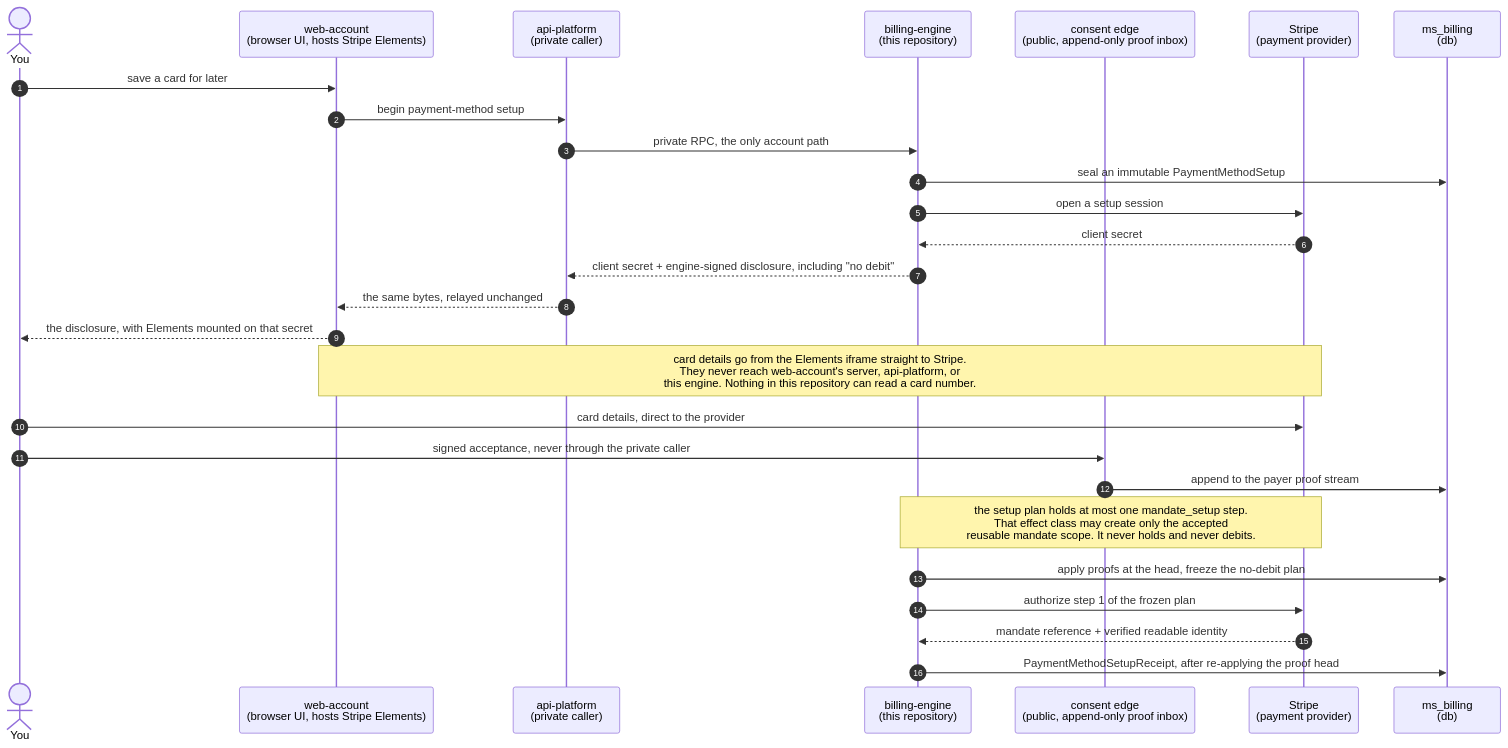
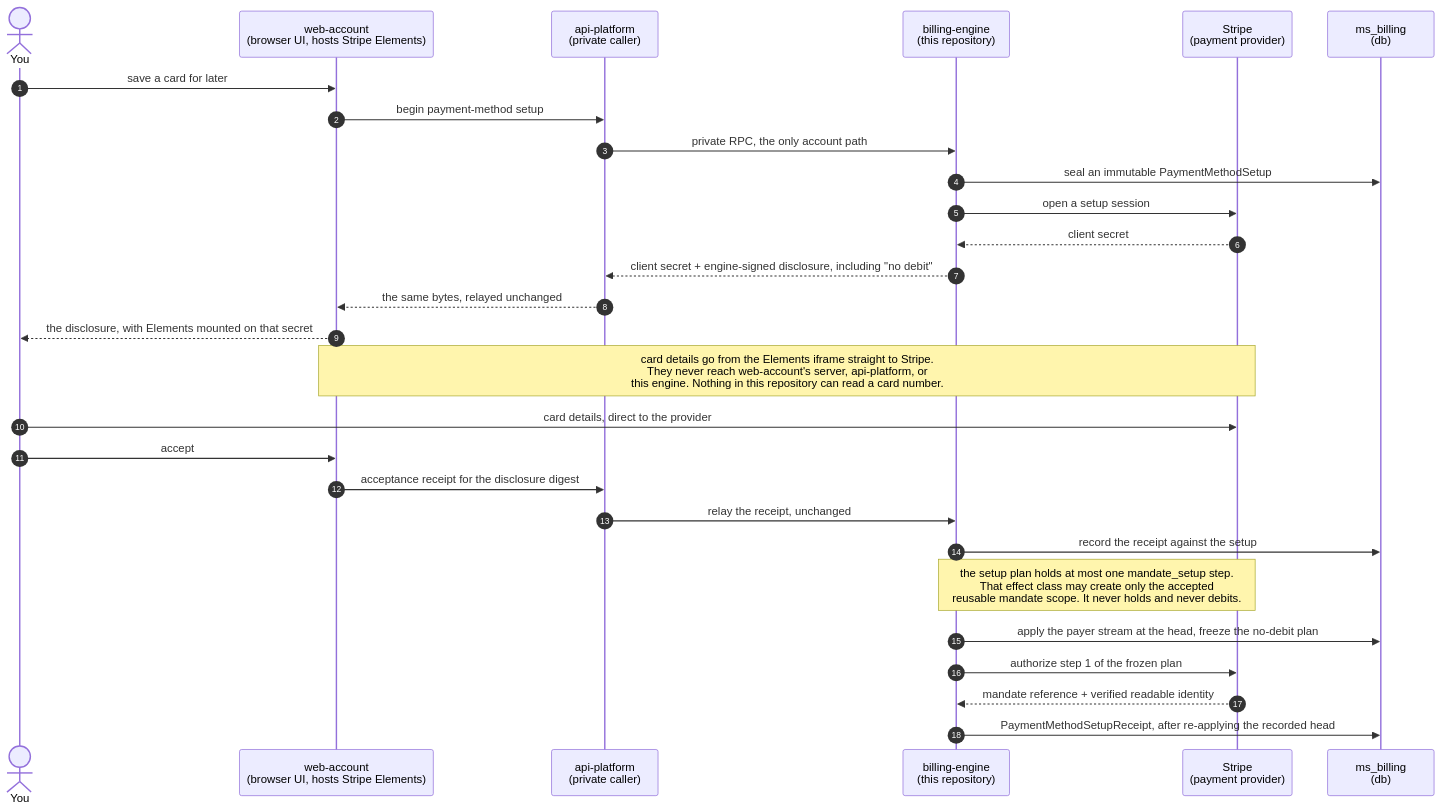
One commit to mirrorstack-ai/billing-engine changed the second of 6 diagrams in README.md. Above: the diagram before and after it, drawn with Mermaid. The commit also changed other lines of this file and 3 other files, not shown here.

````diff
--- a/README.md
+++ b/README.md
@@ -154,34 +154,35 @@
 ```mermaid
 sequenceDiagram
     autonumber
     actor You
     participant WA as web-account<br/>(browser UI, hosts Stripe Elements)
     participant AP as api-platform<br/>(private caller)
     participant Engine as billing-engine<br/>(this repository)
-    participant Edge as consent edge<br/>(public, append-only proof inbox)
     participant Stripe as Stripe<br/>(payment provider)
     participant DB as ms_billing<br/>(db)
 
     You->>WA: save a card for later
     WA->>AP: begin payment-method setup
     AP->>Engine: private RPC, the only account path
     Engine->>DB: seal an immutable PaymentMethodSetup
     Engine->>Stripe: open a setup session
     Stripe-->>Engine: client secret
     Engine-->>AP: client secret + engine-signed disclosure, including "no debit"
     AP-->>WA: the same bytes, relayed unchanged
     WA-->>You: the disclosure, with Elements mounted on that secret
 
     Note over WA,Stripe: card details go from the Elements iframe straight to Stripe.<br/>They never reach web-account's server, api-platform, or<br/>this engine. Nothing in this repository can read a card number.
 
     You->>Stripe: card details, direct to the provider
-    You->>Edge: signed acceptance, never through the private caller
-    Edge->>DB: append to the payer proof stream
+    You->>WA: accept
+    WA->>AP: acceptance receipt for the disclosure digest
+    AP->>Engine: relay the receipt, unchanged
+    Engine->>DB: record the receipt against the setup
 
     Note over Engine,Stripe: the setup plan holds at most one mandate_setup step.<br/>That effect class may create only the accepted<br/>reusable mandate scope. It never holds and never debits.
 
-    Engine->>DB: apply proofs at the head, freeze the no-debit plan
+    Engine->>DB: apply the payer stream at the head, freeze the no-debit plan
     Engine->>Stripe: authorize step 1 of the frozen plan
     Stripe-->>Engine: mandate reference + verified readable identity
-    Engine->>DB: PaymentMethodSetupReceipt, after re-applying the proof head
+    Engine->>DB: PaymentMethodSetupReceipt, after re-applying the recorded head
 ```
````
